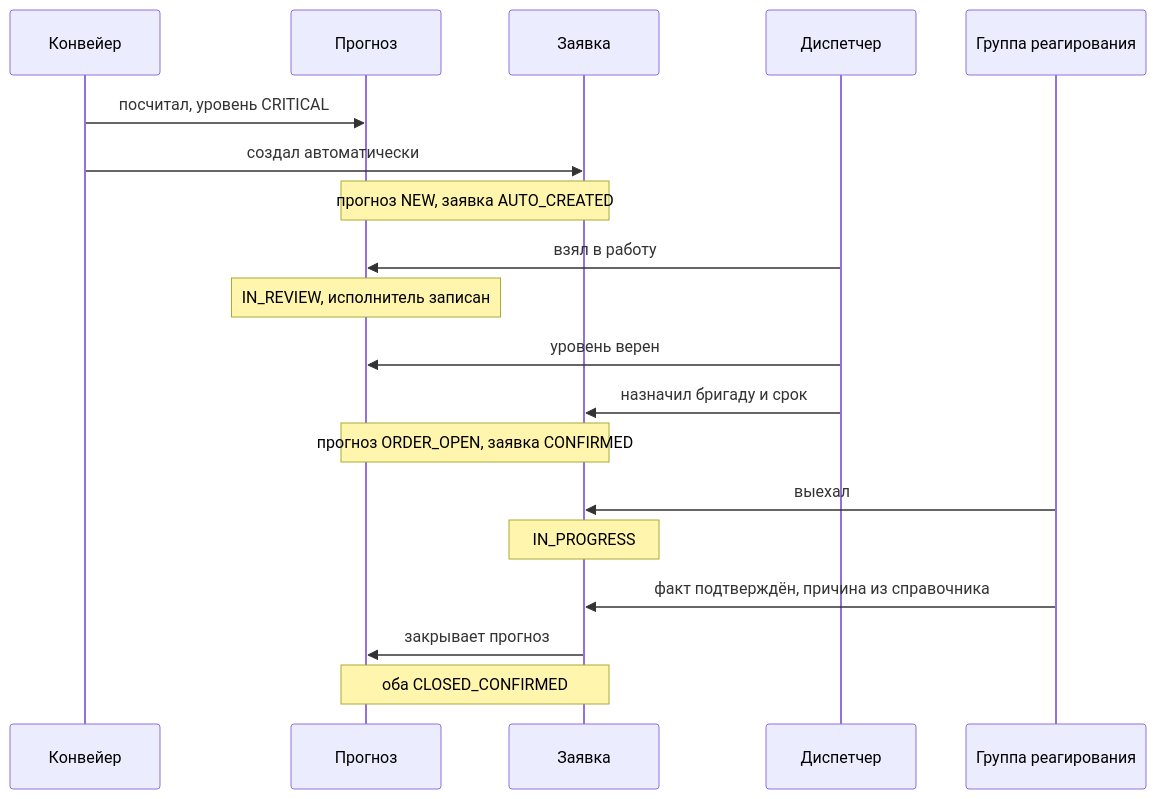
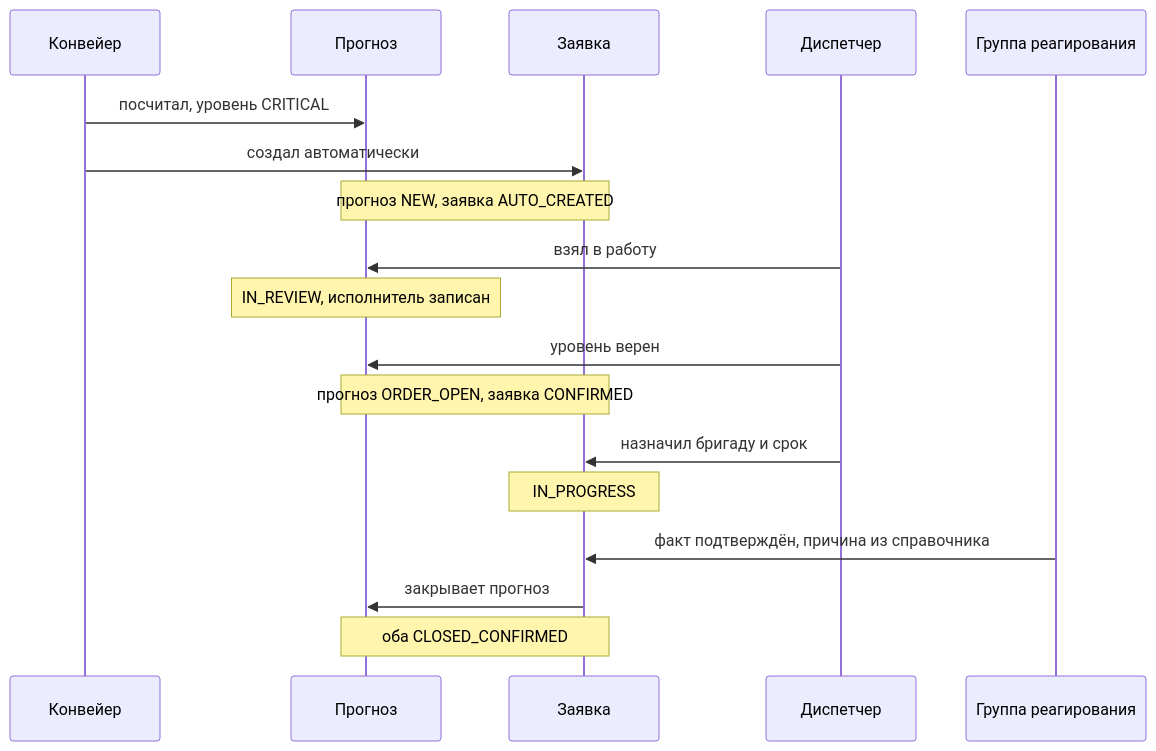
One commit to IIshikiII/LCT2026 changed the fourth of 4 diagrams in ARM-ODS-lifecycle.md. Above: the diagram before and after it, drawn with Mermaid. The commit also changed other lines of this file and 22 other files, not shown here.

````diff
--- a/ARM-ODS-lifecycle.md
+++ b/ARM-ODS-lifecycle.md
@@ -132,26 +145,25 @@
 ```mermaid
 sequenceDiagram
     participant K as Конвейер
     participant P as Прогноз
     participant Z as Заявка
     participant D as Диспетчер
     participant B as Группа реагирования
 
     K->>P: посчитал, уровень CRITICAL
     K->>Z: создал автоматически
     Note over P,Z: прогноз NEW, заявка AUTO_CREATED
 
     D->>P: взял в работу
     Note over P: IN_REVIEW, исполнитель записан
 
     D->>P: уровень верен
-    D->>Z: назначил бригаду и срок
     Note over P,Z: прогноз ORDER_OPEN, заявка CONFIRMED
 
-    B->>Z: выехал
+    D->>Z: назначил бригаду и срок
     Note over Z: IN_PROGRESS
 
     B->>Z: факт подтверждён, причина из справочника
     Z->>P: закрывает прогноз
     Note over P,Z: оба CLOSED_CONFIRMED
 ```
````
